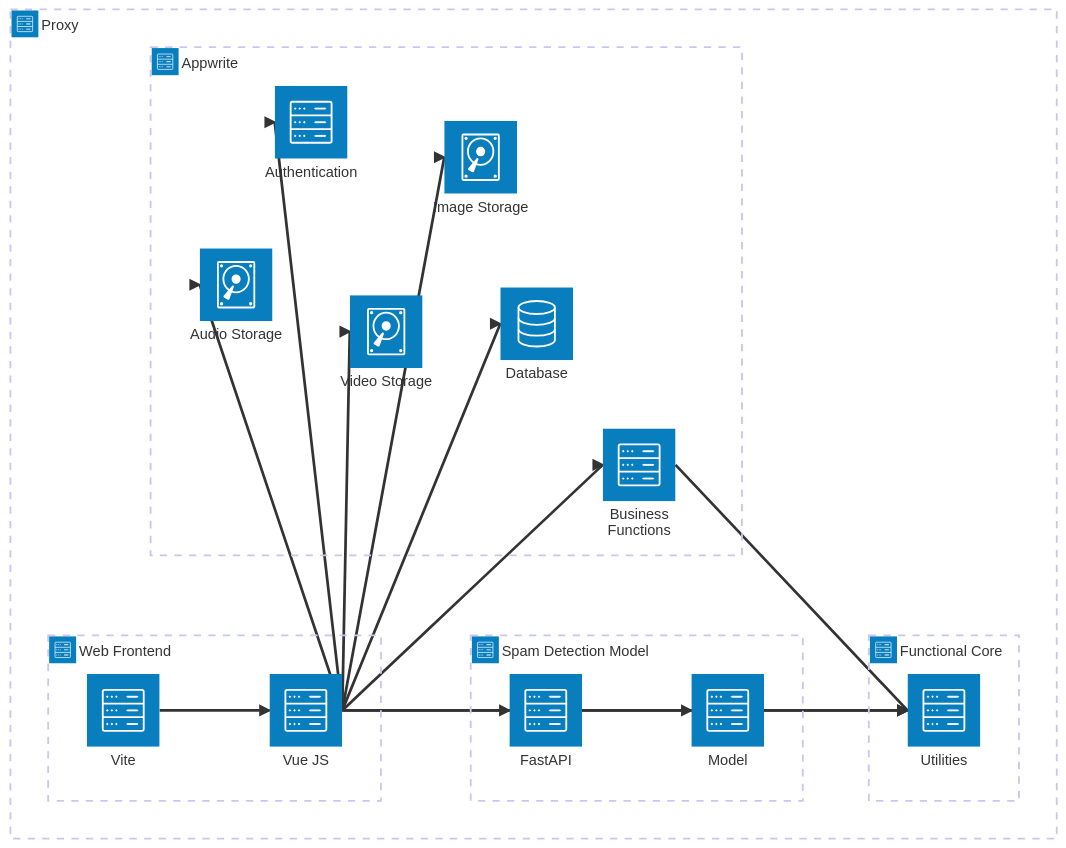
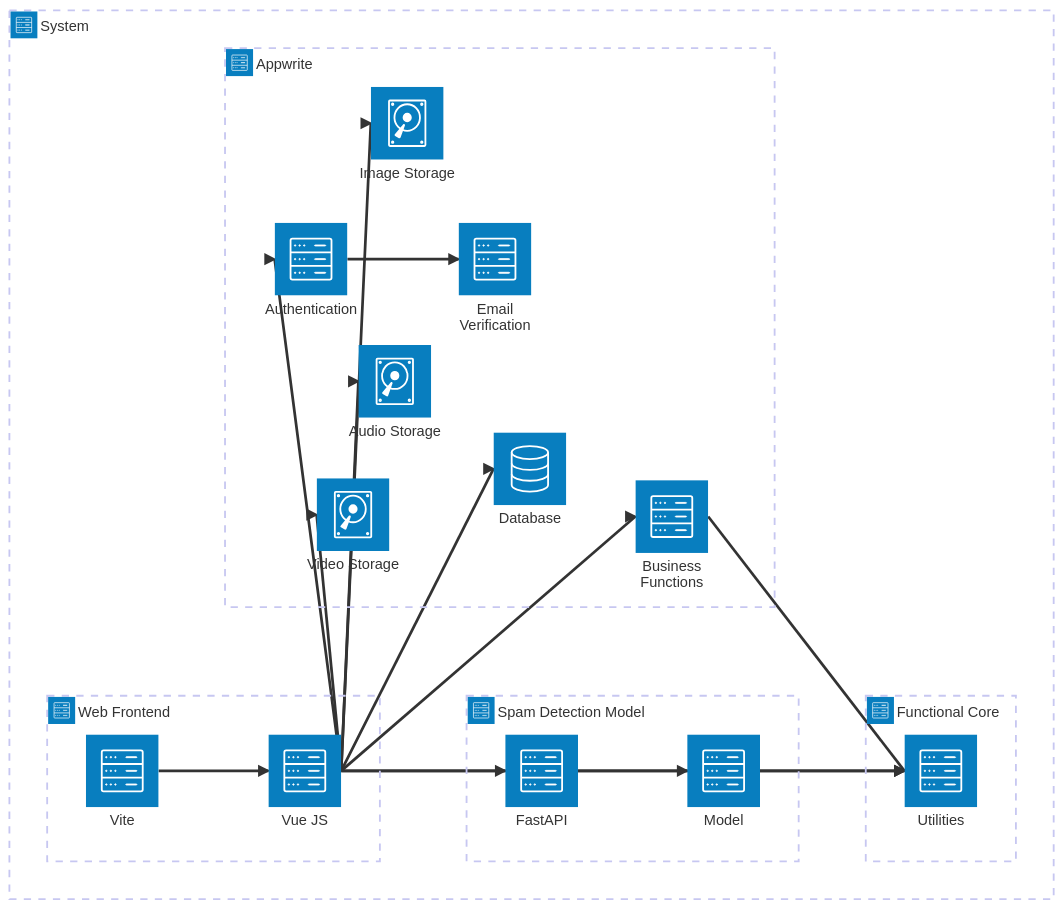
Before and after one commit to AboFawaz305/holberton-portfolio-project: the first of 3 diagrams in stage3/README.md, drawn with Mermaid.

Commit message:
Update Architecture Diagram (#40)

````diff
--- a/stage3/README.md
+++ b/stage3/README.md
@@ -26,45 +26,47 @@
   ```mermaid
 architecture-beta
-    group proxy(server)[Proxy]
+    group proxy(server)[System]
 
     group webfrontend(server)[Web Frontend] in proxy
     group appwrite(server)[Appwrite] in proxy
     group spamdetctionmodel(server)[Spam Detection Model] in proxy
     group core(server)[Functional Core] in proxy
 
     %% Web Frontend Services
     service vuejs(server)[Vue JS] in webfrontend
     service vite(server)[Vite] in webfrontend
 
     vite:R --> L:vuejs
 
     vuejs:R --> L:bfuncs
     vuejs:R --> L:db
     vuejs:R --> L:vstore
     vuejs:R --> L:istore
     vuejs:R --> L:astore
     vuejs:R --> L:auth
 
     vuejs:R --> L:utils
     
     vuejs:R --> L:mapi
 
     %% Appwrite services
     service bfuncs(server)[Business Functions] in appwrite
     service db(database)[Database] in appwrite
     service vstore(disk)[Video Storage] in appwrite
     service astore(disk)[Audio Storage] in appwrite
     service istore(disk)[Image Storage] in appwrite
     service auth(server)[Authentication] in appwrite
+    service messages(server)[Email Verification] in appwrite
 
     bfuncs:R --> L: utils
+    auth:R --> L:messages
     %% Spam Detection Model
     service mapi(server)[FastAPI] in spamdetctionmodel
     service model(server)[Model] in spamdetctionmodel
 
     mapi:R --> L:model
     model:R --> L:utils
 
     %% Functional Core
     service utils(server)[Utilities] in core
 ```
````
